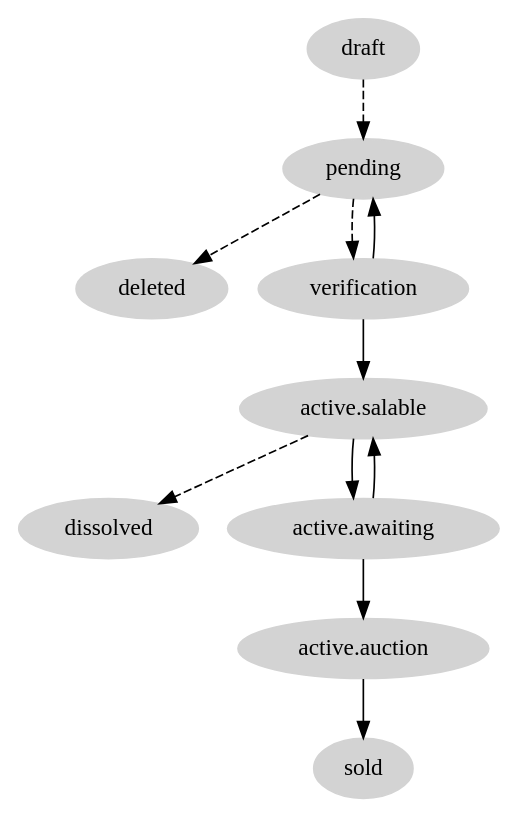
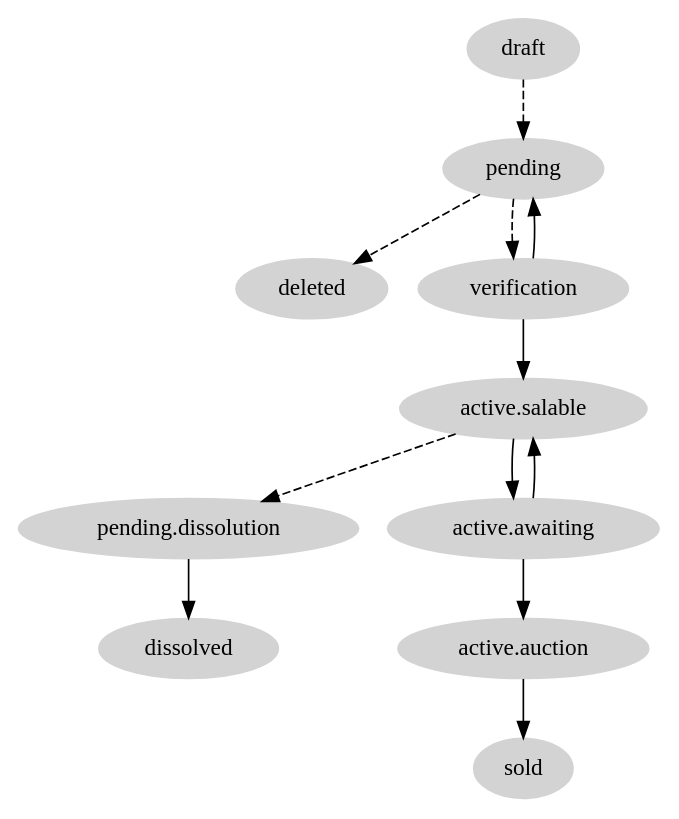
One commit to yevheniimoroziuk/openregistry.lots.loki changed the diagram in docs/source/lotsWorkflow.rst. Above: the diagram before and after it, drawn with Graphviz.

Commit message:
Edit lots workflow

```diff
--- a/docs/source/lotsWorkflow.rst
+++ b/docs/source/lotsWorkflow.rst
@@ -6,25 +6,27 @@
 .. graphviz::
 
     digraph G {
             node [style=filled, color=lightgrey];
             edge[style=dashed];
             "draft" -> "pending";
             edge[style=dashed]
             "pending" -> "deleted";
             edge[style=dashed];
             "pending" -> "verification";
             edge[style=solid];
             "verification" -> "pending";
             edge[style=solid];
             "verification" -> "active.salable";
             edge[style=dashed];
-            "active.salable" -> "dissolved";
+            "active.salable" -> "pending.dissolution";
+            edge[style=solid];
+            "pending.dissolution" -> "dissolved"
             edge[style=solid];
             "active.salable" -> "active.awaiting";
             edge[style=solid];
             "active.awaiting" -> "active.salable";
             edge[style=solid];
             "active.awaiting" -> "active.auction";
             edge[style=solid];
             "active.auction" -> "sold";
     }
```
